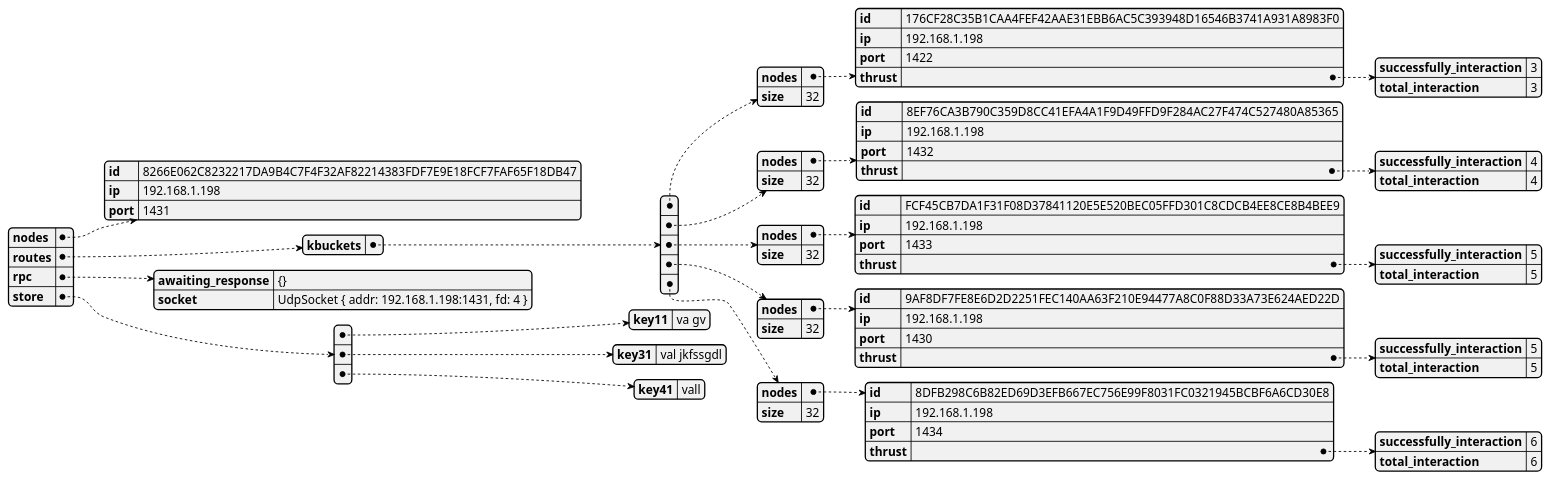
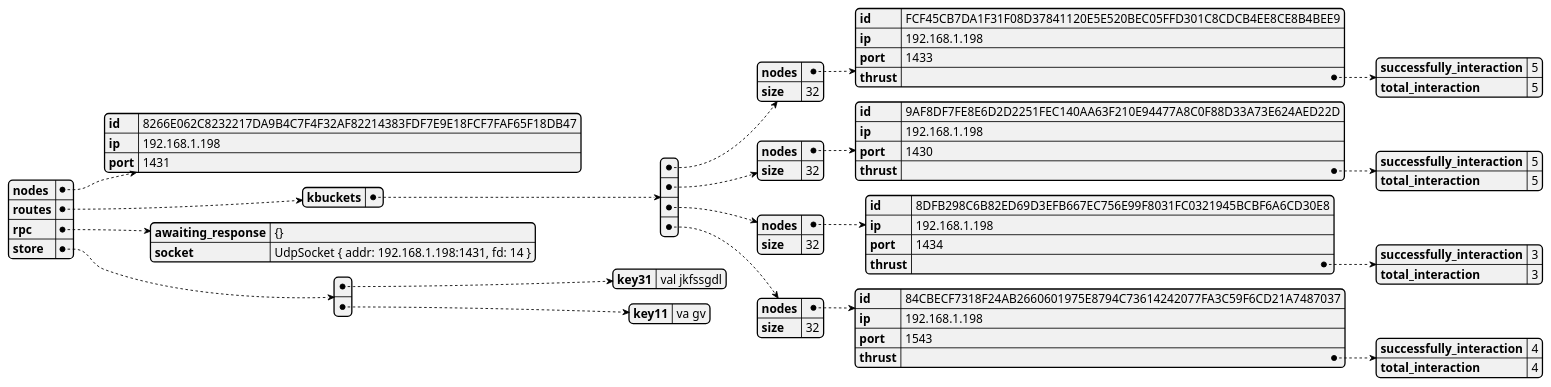
The diagram in src/distributed_legder/state_dumps/test-contact-2.json.plantuml (GoliathHagar/distributed_legder_kademlia), drawn with PlantUML before and after one commit. The commit also changed 23 other files, not shown here.

```diff
--- a/src/distributed_legder/state_dumps/test-contact-2.json.plantuml
+++ b/src/distributed_legder/state_dumps/test-contact-2.json.plantuml
@@ -1,3 +1,3 @@
 @startjson
-{"nodes":{"id":"8266E062C8232217DA9B4C7F4F32AF82214383FDF7E9E18FCF7FAF65F18DB47","ip":"192.168.1.198","port":1431},"routes":{"kbuckets":[{"nodes":{"id":"176CF28C35B1CAA4FEF42AAE31EBB6AC5C393948D16546B3741A931A8983F0","ip":"192.168.1.198","port":1422,"thrust":{"successfully_interaction":3,"total_interaction":3}},"size":32},{"nodes":{"id":"8EF76CA3B790C359D8CC41EFA4A1F9D49FFD9F284AC27F474C527480A85365","ip":"192.168.1.198","port":1432,"thrust":{"successfully_interaction":4,"total_interaction":4}},"size":32},{"nodes":{"id":"FCF45CB7DA1F31F08D37841120E5E520BEC05FFD301C8CDCB4EE8CE8B4BEE9","ip":"192.168.1.198","port":1433,"thrust":{"successfully_interaction":5,"total_interaction":5}},"size":32},{"nodes":{"id":"9AF8DF7FE8E6D2D2251FEC140AA63F210E94477A8C0F88D33A73E624AED22D","ip":"192.168.1.198","port":1430,"thrust":{"successfully_interaction":5,"total_interaction":5}},"size":32},{"nodes":{"id":"8DFB298C6B82ED69D3EFB667EC756E99F8031FC0321945BCBF6A6CD30E8","ip":"192.168.1.198","port":1434,"thrust":{"successfully_interaction":6,"total_interaction":6}},"size":32}]},"rpc":{"awaiting_response":"{}","socket":"UdpSocket { addr: 192.168.1.198:1431, fd: 4 }"},"store":[{"key11":"va gv"},{"key31":"val jkfssgdl"},{"key41":"vall"}]}
+{"nodes":{"id":"8266E062C8232217DA9B4C7F4F32AF82214383FDF7E9E18FCF7FAF65F18DB47","ip":"192.168.1.198","port":1431},"routes":{"kbuckets":[{"nodes":{"id":"FCF45CB7DA1F31F08D37841120E5E520BEC05FFD301C8CDCB4EE8CE8B4BEE9","ip":"192.168.1.198","port":1433,"thrust":{"successfully_interaction":5,"total_interaction":5}},"size":32},{"nodes":{"id":"9AF8DF7FE8E6D2D2251FEC140AA63F210E94477A8C0F88D33A73E624AED22D","ip":"192.168.1.198","port":1430,"thrust":{"successfully_interaction":5,"total_interaction":5}},"size":32},{"nodes":{"id":"8DFB298C6B82ED69D3EFB667EC756E99F8031FC0321945BCBF6A6CD30E8","ip":"192.168.1.198","port":1434,"thrust":{"successfully_interaction":3,"total_interaction":3}},"size":32},{"nodes":{"id":"84CBECF7318F24AB2660601975E8794C73614242077FA3C59F6CD21A7487037","ip":"192.168.1.198","port":1543,"thrust":{"successfully_interaction":4,"total_interaction":4}},"size":32}]},"rpc":{"awaiting_response":"{}","socket":"UdpSocket { addr: 192.168.1.198:1431, fd: 14 }"},"store":[{"key31":"val jkfssgdl"},{"key11":"va gv"}]}
 @endjson
```
